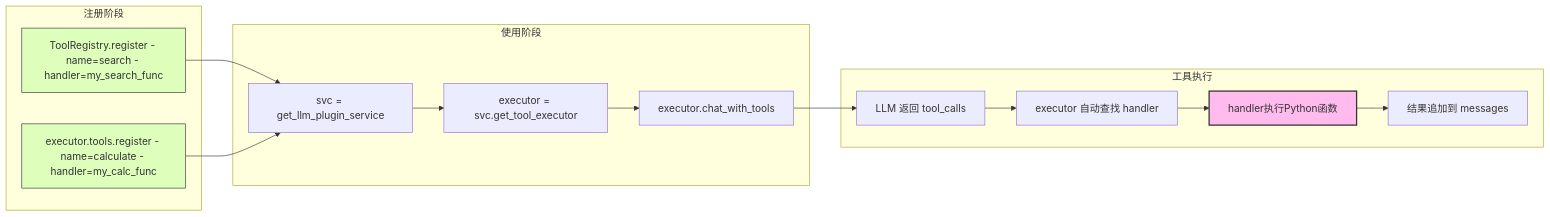
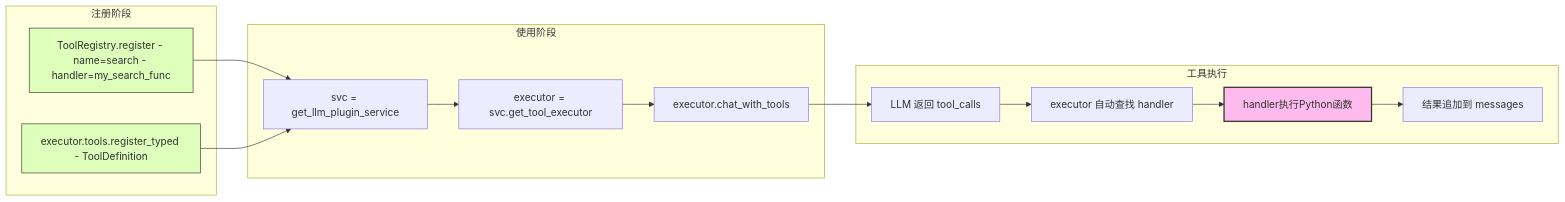
Before and after one commit to KKPIP-Tech/InstructionX: the fourth of 4 diagrams in docs/plugins/llm-integration-guide.md, drawn with Mermaid. The commit also changed other lines of this file and 12 other files, not shown here.

Commit message:
docs: 同步 LLM Provider v2 架构文档与 AGENTS.md：预设目录/实例化/适配器注册表/配置 schema v2/ILLMService 接口/UI 新包结构，清理 ILLMFacade 与旧文件残留引用

````diff
--- a/docs/plugins/llm-integration-guide.md
+++ b/docs/plugins/llm-integration-guide.md
@@ -327,33 +380,33 @@
 ```mermaid
 flowchart LR
     subgraph 注册阶段
         R1[ToolRegistry.register - name=search - handler=my_search_func]
-        R2[executor.tools.register - name=calculate - handler=my_calc_func]
+        R2[executor.tools.register_typed - ToolDefinition]
     end
 
     subgraph 使用阶段
         U1[svc = get_llm_plugin_service]
         U2[executor = svc.get_tool_executor]
         U3[executor.chat_with_tools]
     end
 
     subgraph 工具执行
         E1[LLM 返回 tool_calls]
         E2[executor 自动查找 handler]
         E3[handler执行Python函数]
         E4[结果追加到 messages]
     end
 
     R1 --> U1
     R2 --> U1
     U1 --> U2
     U2 --> U3
     U3 --> E1
     E1 --> E2
     E2 --> E3
     E3 --> E4
 
     style R1 fill:#dfb,stroke:#333
     style R2 fill:#dfb,stroke:#333
     style E3 fill:#fbe,stroke:#333,stroke-width:2px
 ```
````
